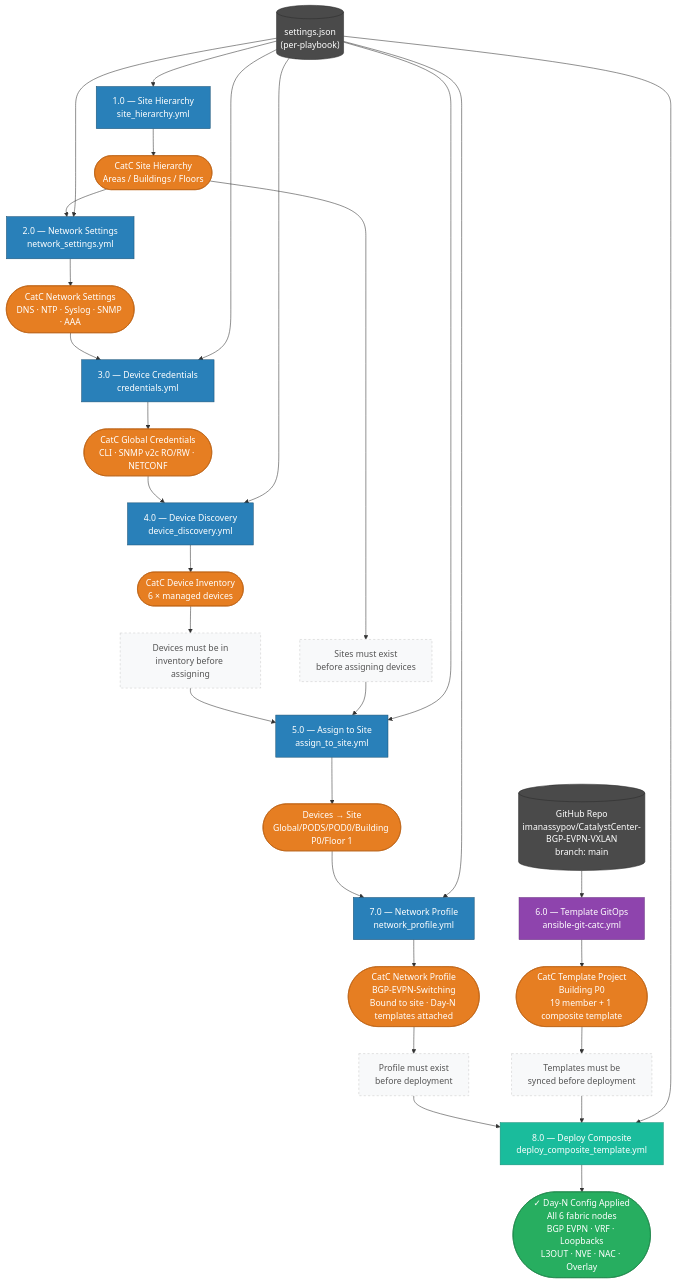
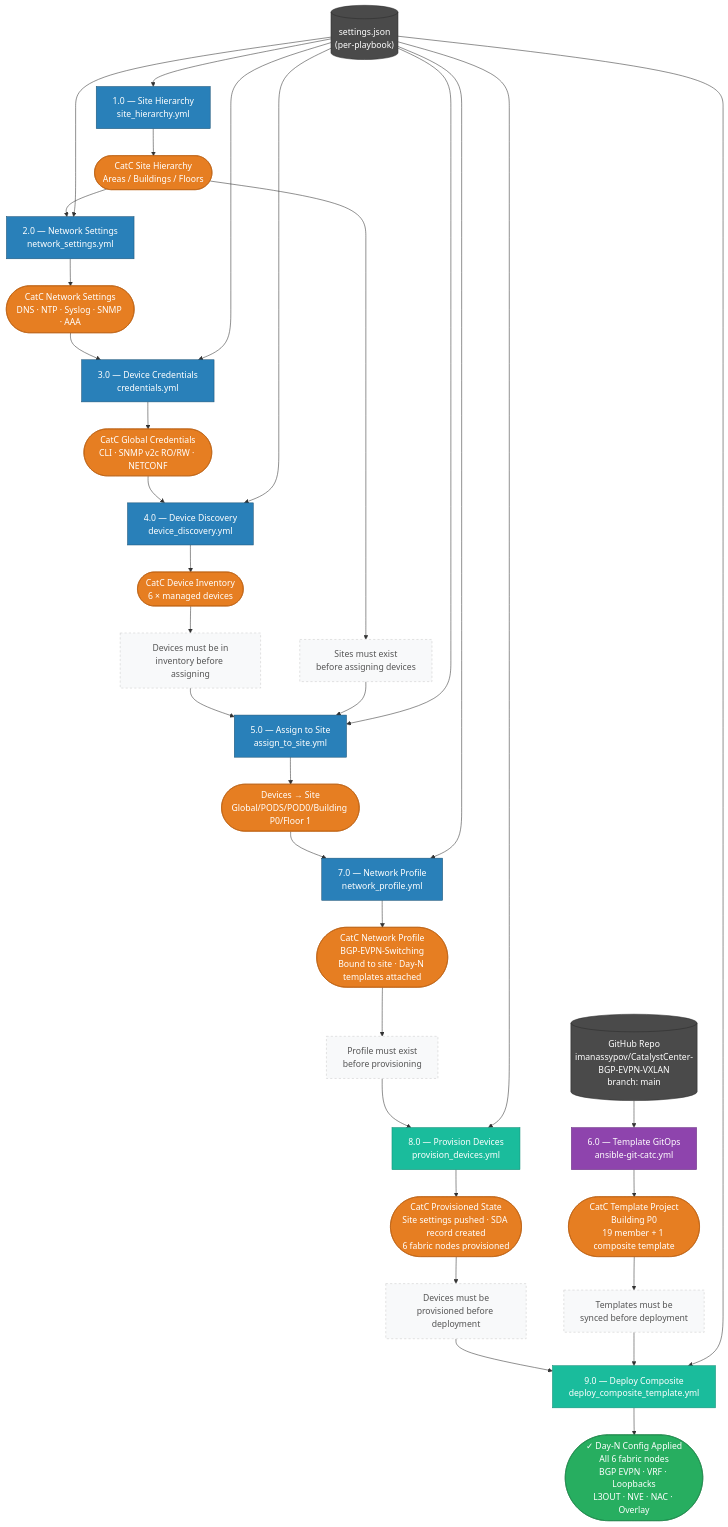
The diagram in Support/Resources/Ansible/DIAGRAMS/provisioning-workflow.mmd (kebaldwi/TECOPS-2599), drawn with Mermaid before and after one commit. The commit also changed 18 other files, not shown here.

```diff
--- a/Support/Resources/Ansible/DIAGRAMS/provisioning-workflow.mmd
+++ b/Support/Resources/Ansible/DIAGRAMS/provisioning-workflow.mmd
@@ -1,69 +1,76 @@
 flowchart TD
     %% ── Input Sources ──────────────────────────────────────────────────────
     SJ[("settings.json\n(per-playbook)")]:::source
     GH[("GitHub Repo\nimanassypov/CatalystCenter-BGP-EVPN-VXLAN\nbranch: main")]:::source
 
     %% ── Playbook 1.0 ───────────────────────────────────────────────────────
     P1["1.0 — Site Hierarchy\nsite_hierarchy.yml"]:::infra
     R1(["CatC Site Hierarchy\nAreas / Buildings / Floors"]):::resource
 
     %% ── Playbook 2.0 ───────────────────────────────────────────────────────
     P2["2.0 — Network Settings\nnetwork_settings.yml"]:::infra
     R2(["CatC Network Settings\nDNS · NTP · Syslog · SNMP · AAA"]):::resource
 
     %% ── Playbook 3.0 ───────────────────────────────────────────────────────
     P3["3.0 — Device Credentials\ncredentials.yml"]:::infra
     R3(["CatC Global Credentials\nCLI · SNMP v2c RO/RW · NETCONF"]):::resource
 
     %% ── Playbook 4.0 ───────────────────────────────────────────────────────
     P4["4.0 — Device Discovery\ndevice_discovery.yml"]:::infra
     R4(["CatC Device Inventory\n6 × managed devices"]):::resource
 
     %% ── Playbook 5.0 ───────────────────────────────────────────────────────
     P5["5.0 — Assign to Site\nassign_to_site.yml"]:::infra
     R5(["Devices → Site\nGlobal/PODS/POD0/Building P0/Floor 1"]):::resource
 
     %% ── Playbook 6.0 ───────────────────────────────────────────────────────
     P6["6.0 — Template GitOps\nansible-git-catc.yml"]:::gitops
     R6(["CatC Template Project\nBuilding P0\n19 member + 1 composite template"]):::resource
 
     %% ── Playbook 7.0 ───────────────────────────────────────────────────────
     P7["7.0 — Network Profile\nnetwork_profile.yml"]:::infra
     R7(["CatC Network Profile\nBGP-EVPN-Switching\nBound to site · Day-N templates attached"]):::resource
 
     %% ── Playbook 8.0 ───────────────────────────────────────────────────────
-    P8["8.0 — Deploy Composite\ndeploy_composite_template.yml"]:::deploy
+    P_prov["8.0 — Provision Devices\nprovision_devices.yml"]:::deploy
+    R_prov(["CatC Provisioned State\nSite settings pushed · SDA record created\n6 fabric nodes provisioned"]):::resource
+
+    %% ── Playbook 9.0 ───────────────────────────────────────────────────────
+    P8["9.0 — Deploy Composite\ndeploy_composite_template.yml"]:::deploy
     FINAL(["✓ Day-N Config Applied\nAll 6 fabric nodes\nBGP EVPN · VRF · Loopbacks\nL3OUT · NVE · NAC · Overlay"]):::done
 
     %% ── Must-run-before annotations ────────────────────────────────────────
     DEP45["Sites must exist\nbefore assigning devices"]:::constraint
     DEP56["Devices must be in\ninventory before assigning"]:::constraint
-    DEP78["Profile must exist\nbefore deployment"]:::constraint
+    DEP78["Profile must exist\nbefore provisioning"]:::constraint
+    DEP89["Devices must be\nprovisioned before deployment"]:::constraint
     DEP68["Templates must be\nsynced before deployment"]:::constraint
 
     %% ── Wiring ─────────────────────────────────────────────────────────────
     SJ --> P1 --> R1
     R1 --> P2
     SJ --> P2 --> R2
     R2 --> P3
     SJ --> P3 --> R3
     R3 --> P4
     SJ --> P4 --> R4
     R4 --> DEP56 --> P5
     R1 --> DEP45 --> P5
     SJ --> P5 --> R5
     GH --> P6 --> R6
     R5 --> P7
     SJ --> P7 --> R7
-    R7 --> DEP78 --> P8
+    R7 --> DEP78 --> P_prov
+    SJ --> P_prov --> R_prov
+    R_prov --> DEP89 --> P8
     R6 --> DEP68 --> P8
     SJ --> P8 --> FINAL
 
     %% ── Styles ─────────────────────────────────────────────────────────────
     classDef infra   fill:#2980b9,color:#fff,stroke:#1a5276
     classDef gitops  fill:#8e44ad,color:#fff,stroke:#6c3483
     classDef deploy  fill:#1abc9c,color:#fff,stroke:#148f77
     classDef source  fill:#4a4a4a,color:#fff,stroke:#2c2c2c
     classDef resource fill:#e67e22,color:#fff,stroke:#ba6012
     classDef done    fill:#27ae60,color:#fff,stroke:#1e8449
     classDef constraint fill:#f8f9fa,color:#555,stroke:#ccc,stroke-dasharray:4 4
```
